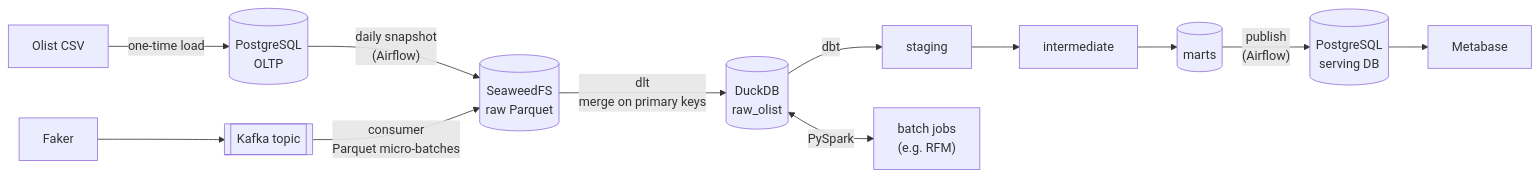
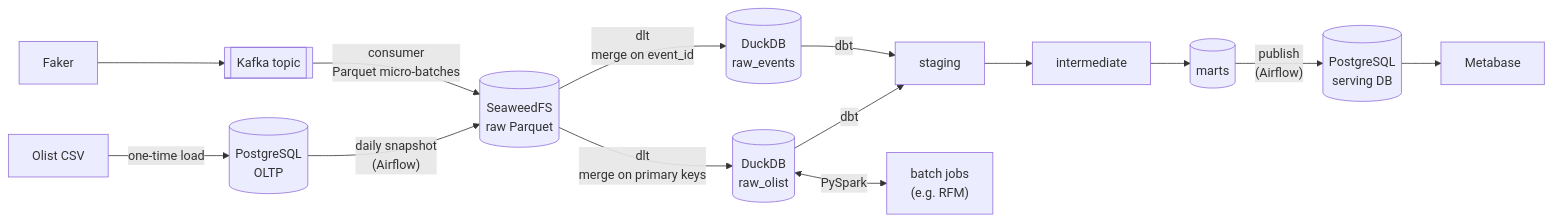
One commit to edward179/de-ecommerce-pipeline changed the diagram in docs/ARCHITECTURE.md. Above: the diagram before and after it, drawn with Mermaid. The commit also changed other lines of this file and 5 other files, not shown here.

Commit message:
feat(m7): load lake events into DuckDB with dlt, dbt staging, docs

````diff
--- a/docs/ARCHITECTURE.md
+++ b/docs/ARCHITECTURE.md
@@ -8,10 +8,12 @@
 ```mermaid
 flowchart LR
   CSV["Olist CSV"] -->|"one-time load"| PG[("PostgreSQL<br/>OLTP")]
   PG -->|"daily snapshot<br/>(Airflow)"| LAKE[("SeaweedFS<br/>raw Parquet")]
   LAKE -->|"dlt<br/>merge on primary keys"| RAW[("DuckDB<br/>raw_olist")]
   FK["Faker"] --> KF[["Kafka topic"]] -->|"consumer<br/>Parquet micro-batches"| LAKE
+  LAKE -->|"dlt<br/>merge on event_id"| EVT[("DuckDB<br/>raw_events")]
   RAW -->|"dbt"| STG["staging"] --> INT["intermediate"] --> MART[("marts")]
+  EVT -->|"dbt"| STG
   RAW <-->|"PySpark"| SPARK["batch jobs<br/>(e.g. RFM)"]
   MART -->|"publish<br/>(Airflow)"| SRV[("PostgreSQL<br/>serving DB")] --> MB["Metabase"]
 ```
````
